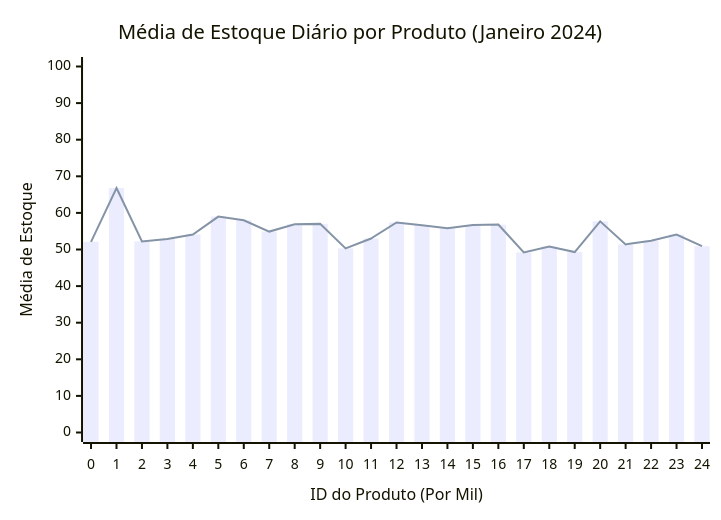
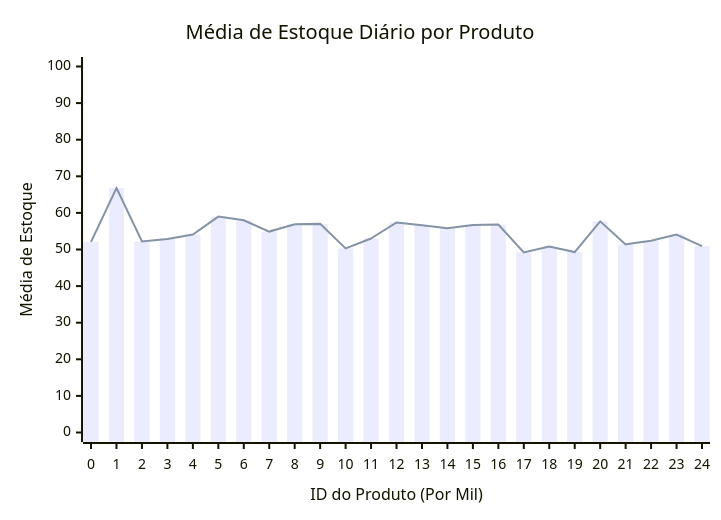
One commit to caina-wanzeler/lab-aws-sagemaker-canvas-estoque changed the diagram in README.md. Above: the diagram before and after it, drawn with Mermaid. The commit also changed other lines of this file, not shown here.

````diff
--- a/README.md
+++ b/README.md
@@ -5,8 +7,8 @@
 ```mermaid
 xychart-beta
-    title "Média de Estoque Diário por Produto (Janeiro 2024)"
+    title "Média de Estoque Diário por Produto"
     x-axis "ID do Produto (Por Mil)" [0, 1, 2, 3, 4, 5, 6, 7, 8, 9, 10, 11, 12, 13, 14, 15, 16, 17, 18, 19, 20, 21, 22, 23, 24]
     y-axis "Média de Estoque" 0 --> 100
     bar [52.1, 66.8, 52.2, 52.9, 54.1, 59.0, 58.0, 54.9, 56.9, 57.0, 50.3, 53.0, 57.4, 56.6, 55.8, 56.7, 56.8, 49.2, 50.8, 49.3, 57.7, 51.4, 52.4, 54.1, 50.9]
     line [52.1, 66.8, 52.2, 52.9, 54.1, 59.0, 58.0, 54.9, 56.9, 57.0, 50.3, 53.0, 57.4, 56.6, 55.8, 56.7, 56.8, 49.2, 50.8, 49.3, 57.7, 51.4, 52.4, 54.1, 50.9]
 ```
````
